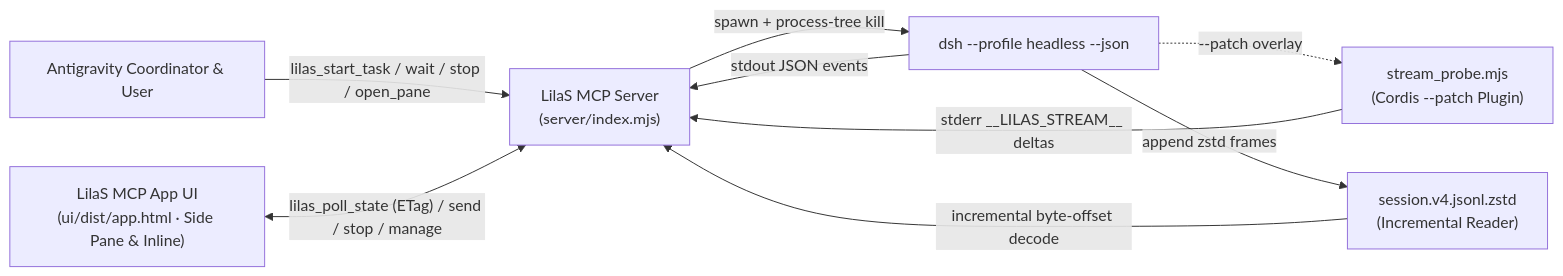
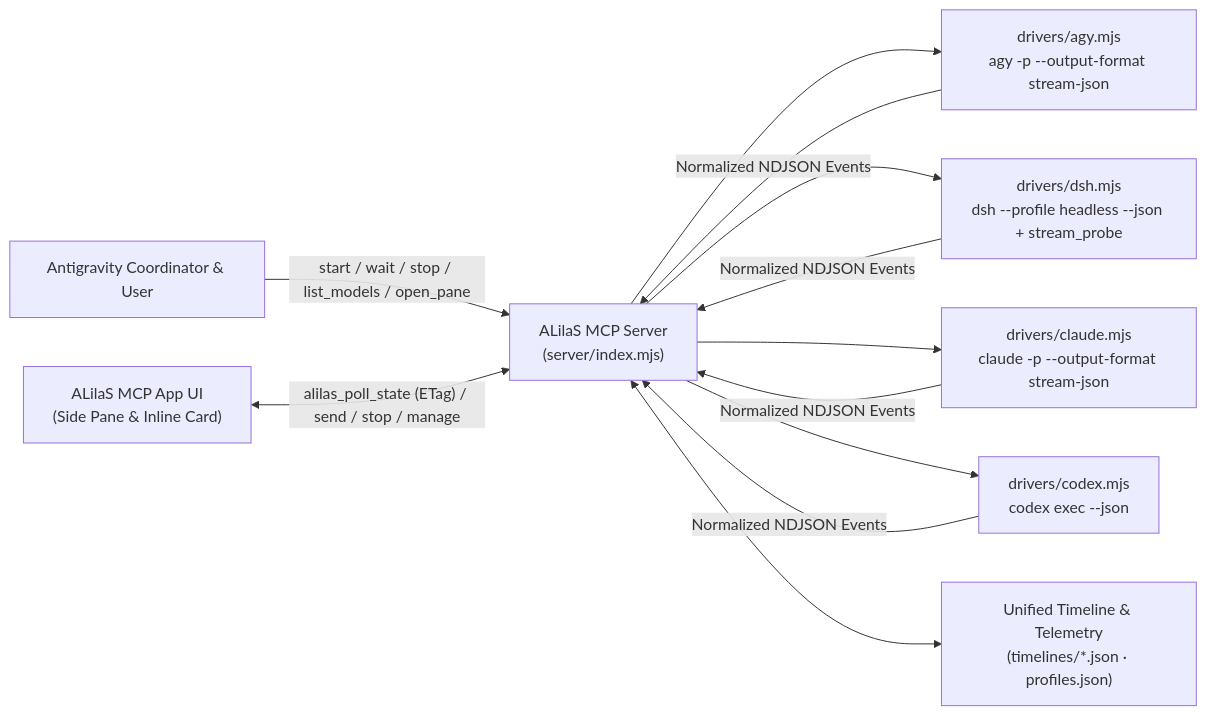
The diagram in README.md (AsahiYi/ALilaS), drawn with Mermaid before and after one commit. The commit also changed other lines of this file and 26 other files, not shown here.

````diff
--- a/README.md
+++ b/README.md
@@ -48,18 +51,18 @@
 ```mermaid
 flowchart LR
-    User["Antigravity Coordinator & User"]
-    MCP["LilaS MCP Server<br/>(server/index.mjs)"]
-    UI["LilaS MCP App UI<br/>(ui/dist/app.html · Side Pane & Inline)"]
-    DSH["dsh --profile headless --json"]
-    Probe["stream_probe.mjs<br/>(Cordis --patch Plugin)"]
-    Log["session.v4.jsonl.zstd<br/>(Incremental Reader)"]
+    Coord["Antigravity Coordinator & User"]
+    MCP["ALilaS MCP Server<br/>(server/index.mjs)"]
+    UI["ALilaS MCP App UI<br/>(Side Pane & Inline Card)"]
+    Store["Unified Timeline & Telemetry<br/>(timelines/*.json · profiles.json)"]
 
-    User -->|"lilas_start_task / wait / stop / open_pane"| MCP
-    MCP -->|"spawn + process-tree kill"| DSH
-    DSH -.->|"--patch overlay"| Probe
-    Probe -->|"stderr __LILAS_STREAM__ deltas"| MCP
-    DSH -->|"stdout JSON events"| MCP
-    DSH -->|"append zstd frames"| Log
-    Log -->|"incremental byte-offset decode"| MCP
-    UI <-->|"lilas_poll_state (ETag) / send / stop / manage"| MCP
+    D1["drivers/agy.mjs<br/>agy -p --output-format stream-json"]
+    D2["drivers/dsh.mjs<br/>dsh --profile headless --json + stream_probe"]
+    D3["drivers/claude.mjs<br/>claude -p --output-format stream-json"]
+    D4["drivers/codex.mjs<br/>codex exec --json"]
+
+    Coord -->|"start / wait / stop / list_models / open_pane"| MCP
+    MCP --> D1 & D2 & D3 & D4
+    D1 & D2 & D3 & D4 -->|"Normalized NDJSON Events"| MCP
+    MCP <--> Store
+    UI <-->|"alilas_poll_state (ETag) / send / stop / manage"| MCP
 ```
````
